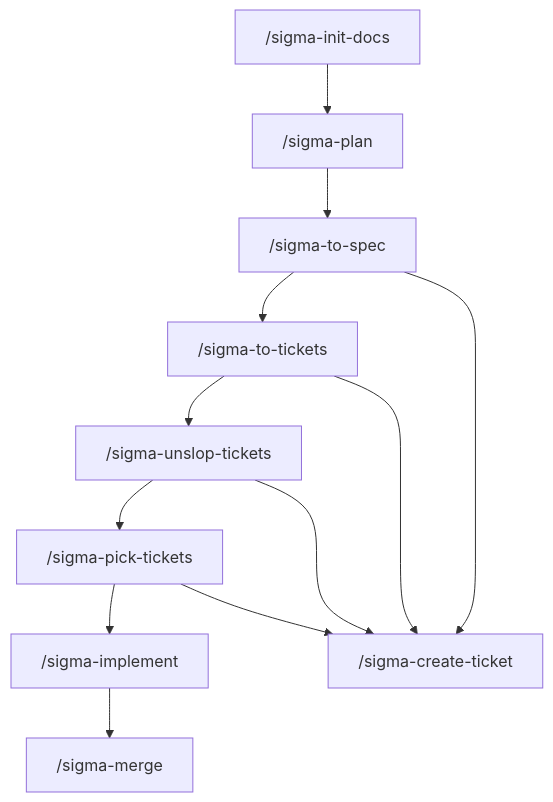
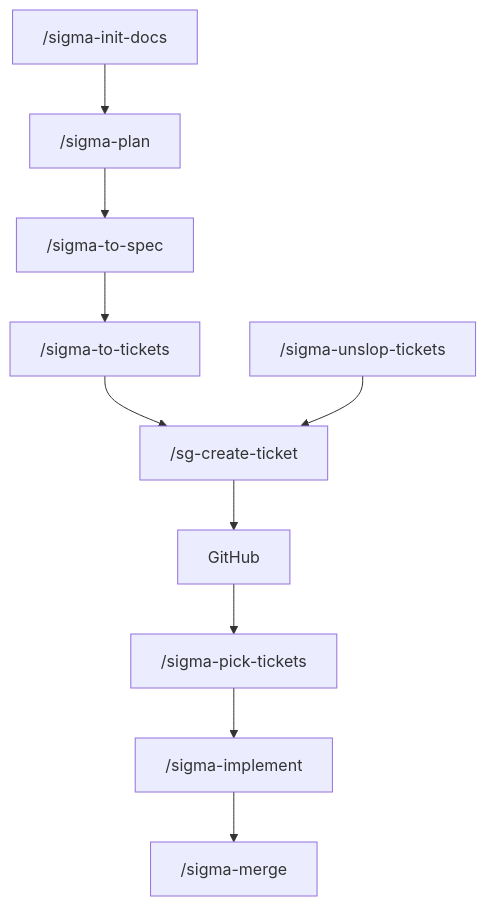
The first of 3 diagrams in README.md (sigma-michael/sigma-build-factory), drawn with Mermaid before and after one commit. The commit also changed other lines of this file and 18 other files, not shown here.

````diff
--- a/README.md
+++ b/README.md
@@ -42,14 +42,12 @@
 ```mermaid
 flowchart TD
   init["/sigma-init-docs"] --> plan["/sigma-plan"]
   plan --> spec["/sigma-to-spec"]
   spec --> tickets["/sigma-to-tickets"]
-  tickets --> clean["/sigma-unslop-tickets"]
-  clean --> pick["/sigma-pick-tickets"]
+  tickets --> file["/sg-create-ticket"]
+  clean["/sigma-unslop-tickets"] --> file
+  file --> gh["GitHub"]
+  gh --> pick["/sigma-pick-tickets"]
   pick --> impl["/sigma-implement"]
   impl --> merge["/sigma-merge"]
-  spec --> file["/sigma-create-ticket"]
-  tickets --> file
-  clean --> file
-  pick --> file
 ```
````
